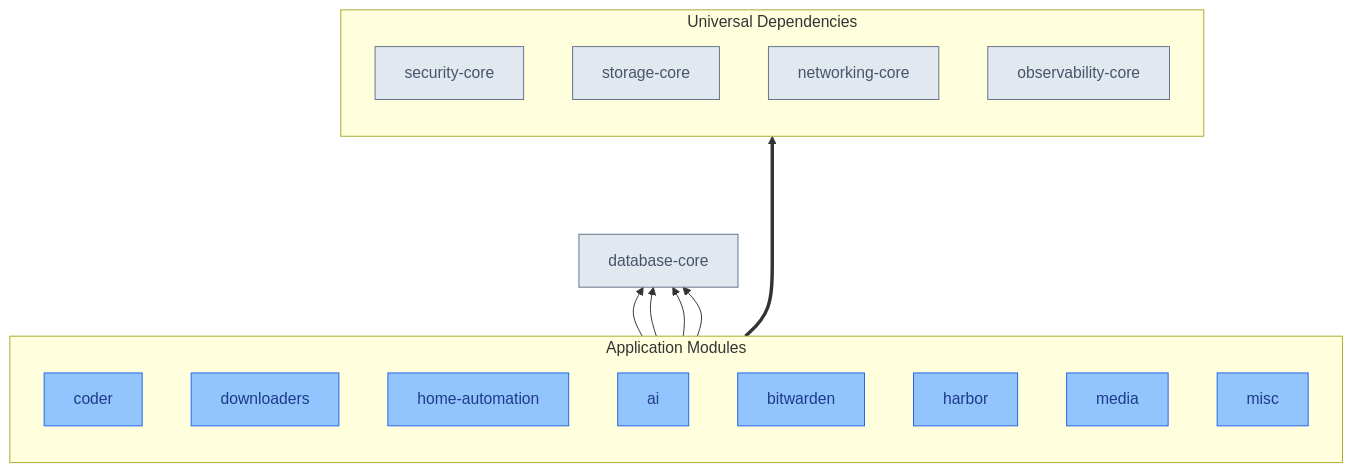
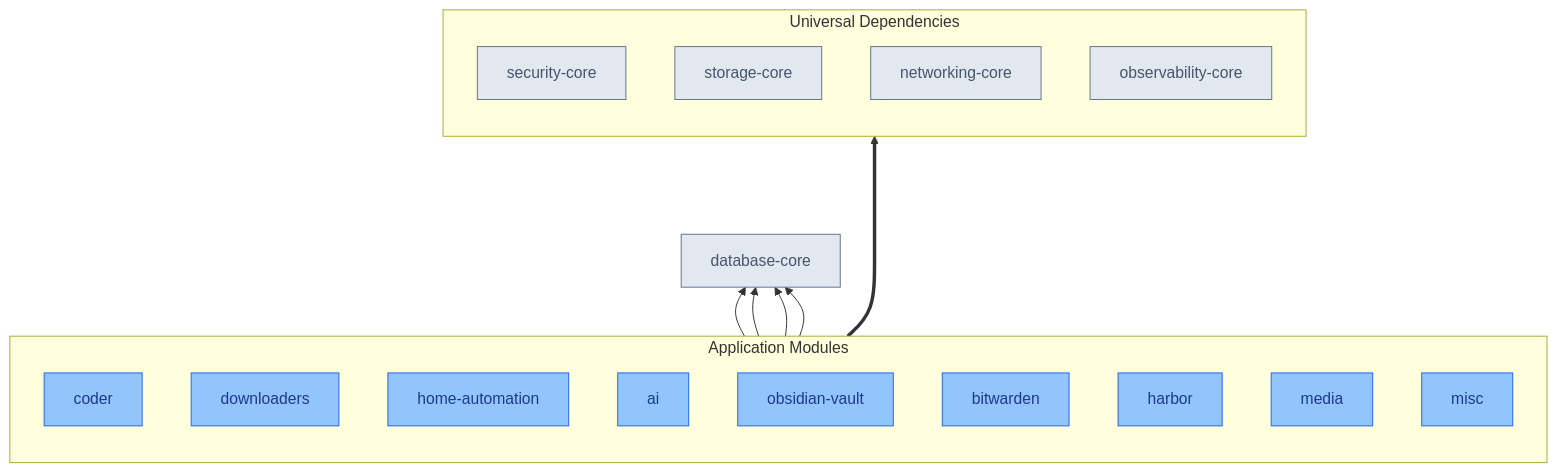
The diagram in apps/README.md (ppat/homelab-ops-kubernetes-apps), drawn with Mermaid before and after one commit. The commit also changed other lines of this file and 93 other files, not shown here.

````diff
--- a/apps/README.md
+++ b/apps/README.md
@@ -21,45 +22,46 @@
 ```mermaid
 flowchart BT
     %% Color scheme - infrastructure less prominent than apps
     classDef infra fill:#e2e8f0,stroke:#64748b,color:#475569
     classDef apps fill:#93c5fd,stroke:#2563eb,color:#1e3a8a
     classDef universal fill:none,stroke:#64748b
     classDef appbox fill:none,stroke:#2563eb
     classDef invisible fill:none,stroke:none
 
     %% Universal Infrastructure Layer
     subgraph UniversalDeps["Universal Dependencies"]
         direction TB
         security[security-core]:::infra
         storage[storage-core]:::infra
         networking[networking-core]:::infra
         observability[observability-core]:::infra
     end
     class UniversalDeps universal
 
     %% Database (specific dependency)
     database[database-core]:::infra
 
     %% Apps Layer with visible border
     subgraph Apps["Application Modules"]
         direction TB
         coder[coder]:::apps
         downloaders[downloaders]:::apps
         home-automation[home-automation]:::apps
         ai[ai]:::apps
+        obsidian-vault[obsidian-vault]:::apps
         bitwarden[bitwarden]:::apps
         harbor[harbor]:::apps
         media[media]:::apps
         misc[misc]:::apps
     end
     class Apps appbox
 
     %% Universal Dependencies (every app) with thicker arrow from connection point
     Apps ====> UniversalDeps
 
     %% Specific Database Dependencies
     coder --> database
     downloaders --> database
     home-automation --> database
     ai --> database
 ```
````
